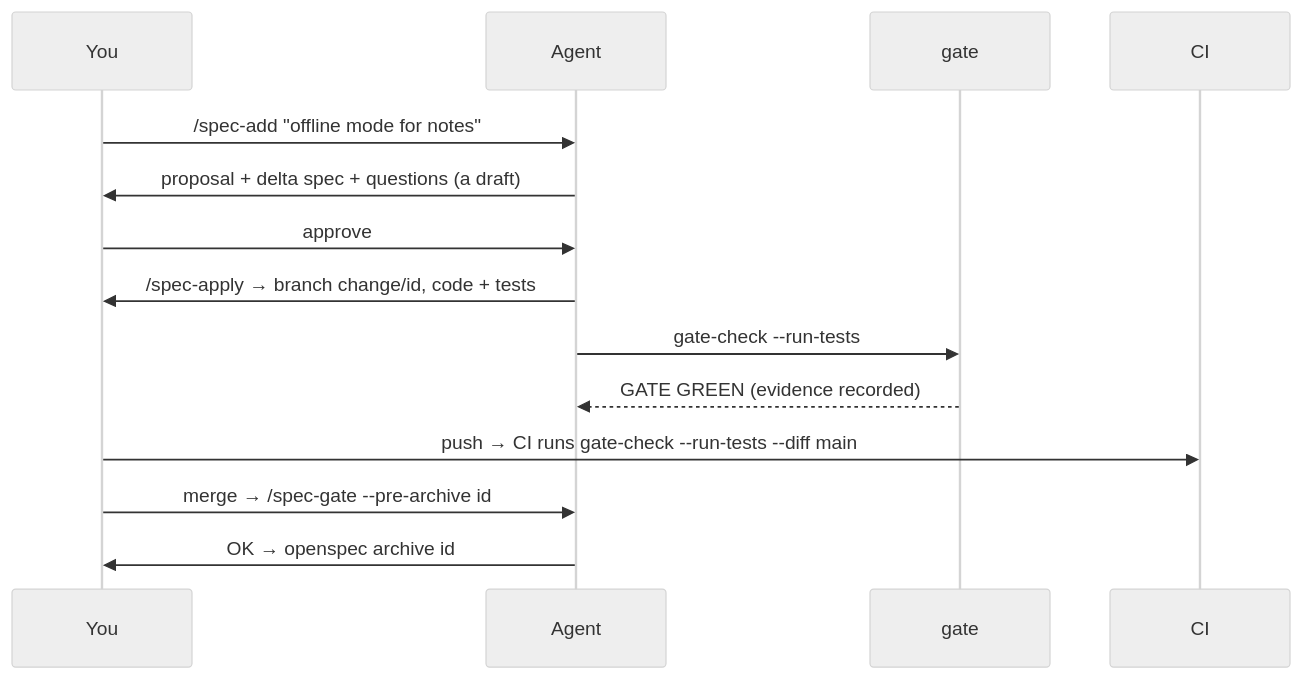
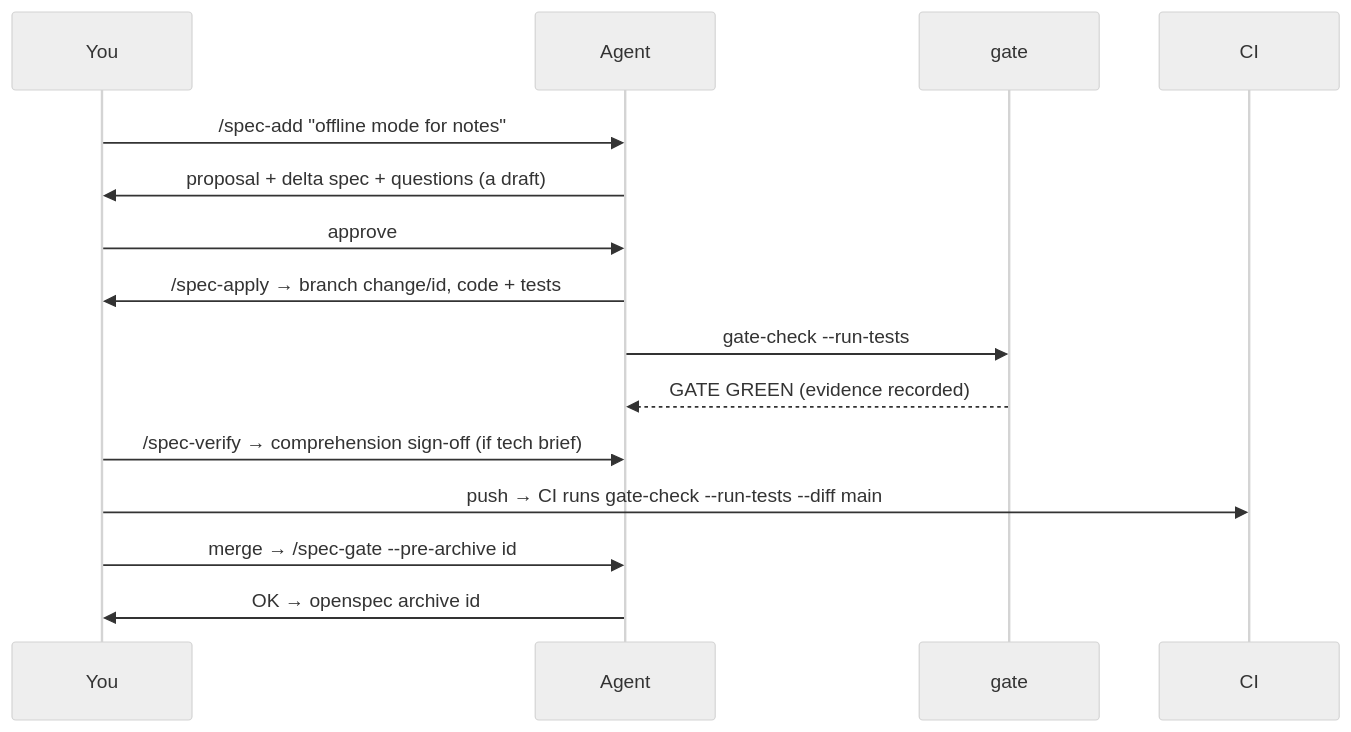
The first of 2 diagrams in docs/workflows.md (NicolasSchkurko/Spec-Growth), drawn with Mermaid (neutral theme) before and after one commit. The commit also changed other lines of this file and 16 other files, not shown here.

Commit message:
v1.0 final: post-audit fixes (adrApproves negations, anchored capability tags, scoped sign-off scan, provides-prefix check, metadata precedence, hook recovery, scope-drift extensions) + full docs overhaul

````diff
--- a/docs/workflows.md
+++ b/docs/workflows.md
@@ -7,16 +7,17 @@
 ```mermaid
 sequenceDiagram
     participant Dev as You
     participant Ag as Agent
     participant G as gate
     participant CI as CI
     Dev->>Ag: /spec-add "offline mode for notes"
     Ag->>Dev: proposal + delta spec + questions (a draft)
     Dev->>Ag: approve
     Ag->>Dev: /spec-apply → branch change/id, code + tests
     Ag->>G: gate-check --run-tests
     G-->>Ag: GATE GREEN (evidence recorded)
+    Dev->>Ag: /spec-verify → comprehension sign-off (if tech brief)
     Dev->>CI: push → CI runs gate-check --run-tests --diff main
     Dev->>Ag: merge → /spec-gate --pre-archive id
     Ag->>Dev: OK → openspec archive id
 ```
````
